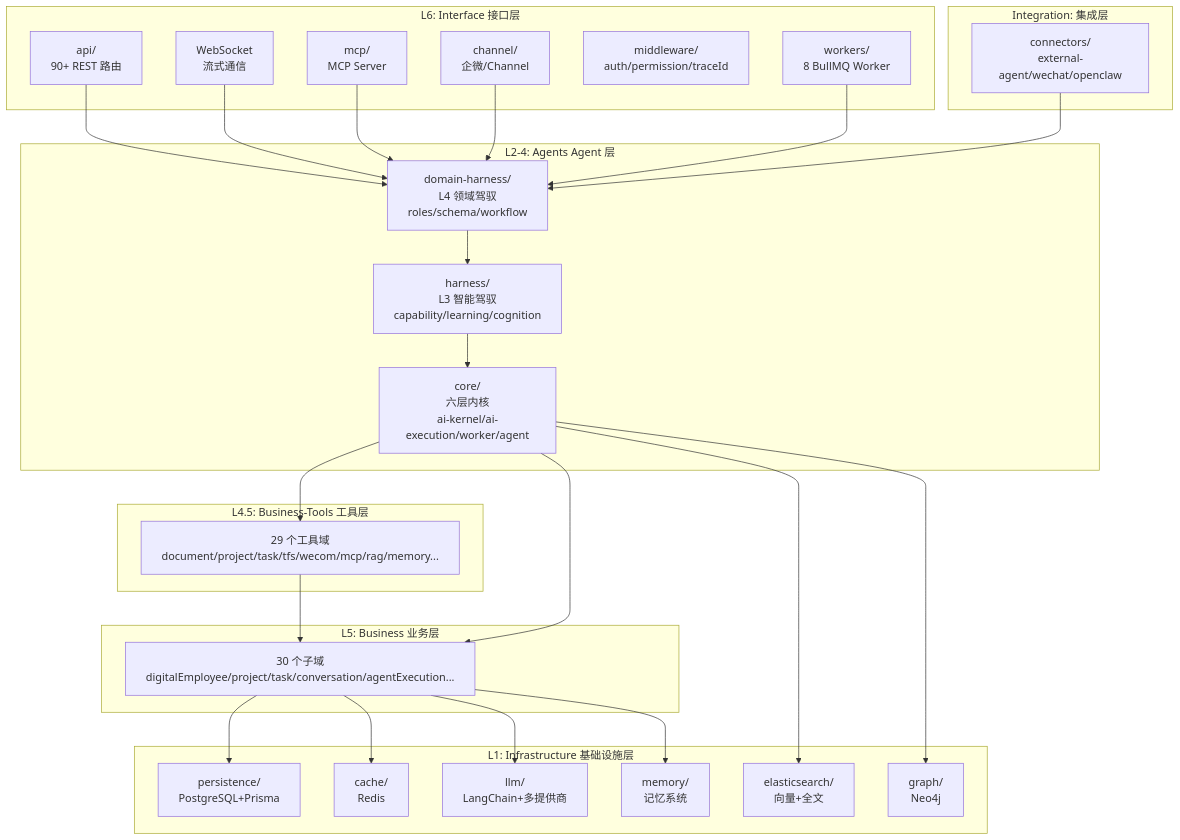
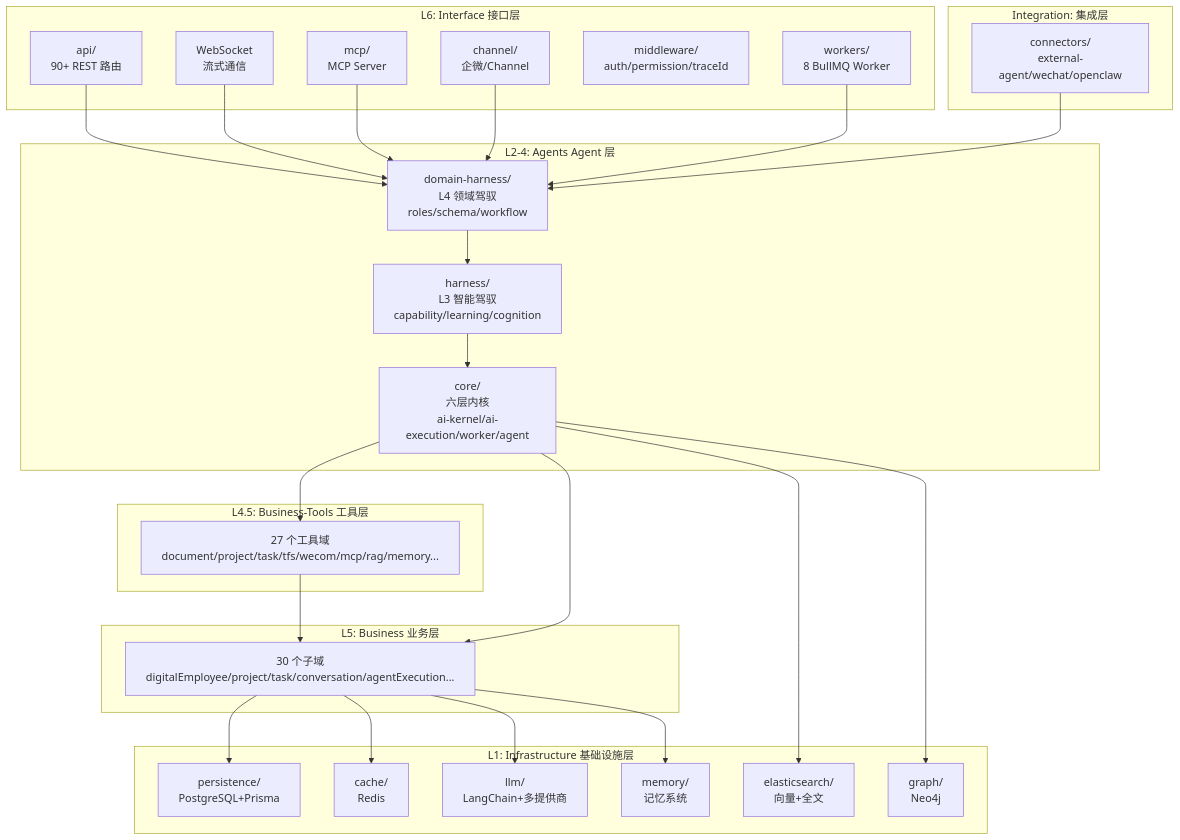
One commit to GGwujun/deep-dive-winmatrix changed the first of 2 diagrams in src/part1-foundation/ch01-overview.md. Above: the diagram before and after it, drawn with Mermaid. The commit also changed other lines of this file and 35 other files, not shown here.

````diff
--- a/src/part1-foundation/ch01-overview.md
+++ b/src/part1-foundation/ch01-overview.md
@@ -276,56 +276,56 @@
 ```mermaid
 graph TB
     subgraph "L6: Interface 接口层"
         API["api/<br/>90+ REST 路由"]
         WS["WebSocket<br/>流式通信"]
         MCP["mcp/<br/>MCP Server"]
         CH["channel/<br/>企微/Channel"]
         MW["middleware/<br/>auth/permission/traceId"]
         WK["workers/<br/>8 BullMQ Worker"]
     end
 
     subgraph "L2-4: Agents Agent 层"
         HARNESS["harness/<br/>L3 智能驾驭<br/>capability/learning/cognition"]
         DH["domain-harness/<br/>L4 领域驾驭<br/>roles/schema/workflow"]
         CORE["core/<br/>六层内核<br/>ai-kernel/ai-execution/worker/agent"]
     end
 
     subgraph "Integration: 集成层"
         CONN["connectors/<br/>external-agent/wechat/openclaw"]
     end
 
     subgraph "L4.5: Business-Tools 工具层"
-        BT["29 个工具域<br/>document/project/task/tfs/wecom/mcp/rag/memory..."]
+        BT["27 个工具域<br/>document/project/task/tfs/wecom/mcp/rag/memory..."]
     end
 
     subgraph "L5: Business 业务层"
         BIZ["30 个子域<br/>digitalEmployee/project/task/conversation/agentExecution..."]
     end
 
     subgraph "L1: Infrastructure 基础设施层"
         DB["persistence/<br/>PostgreSQL+Prisma"]
         CACHE["cache/<br/>Redis"]
         LLM["llm/<br/>LangChain+多提供商"]
         MEM["memory/<br/>记忆系统"]
         ES["elasticsearch/<br/>向量+全文"]
         NEO["graph/<br/>Neo4j"]
     end
 
     API --> DH
     WS --> DH
     MCP --> DH
     CH --> DH
     DH --> HARNESS
     HARNESS --> CORE
     CORE --> BT
     CORE --> BIZ
     BT --> BIZ
     BIZ --> DB
     BIZ --> CACHE
     BIZ --> LLM
     BIZ --> MEM
     CORE --> ES
     CORE --> NEO
     CONN --> DH
     WK --> DH
 ```
````
